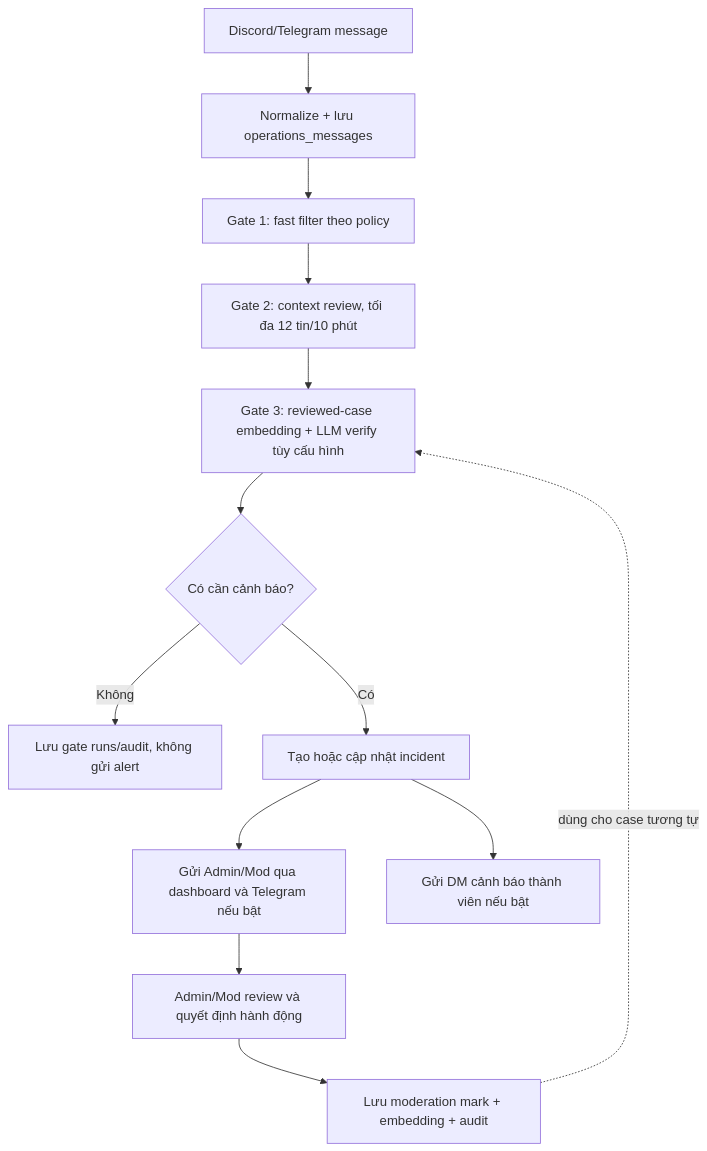
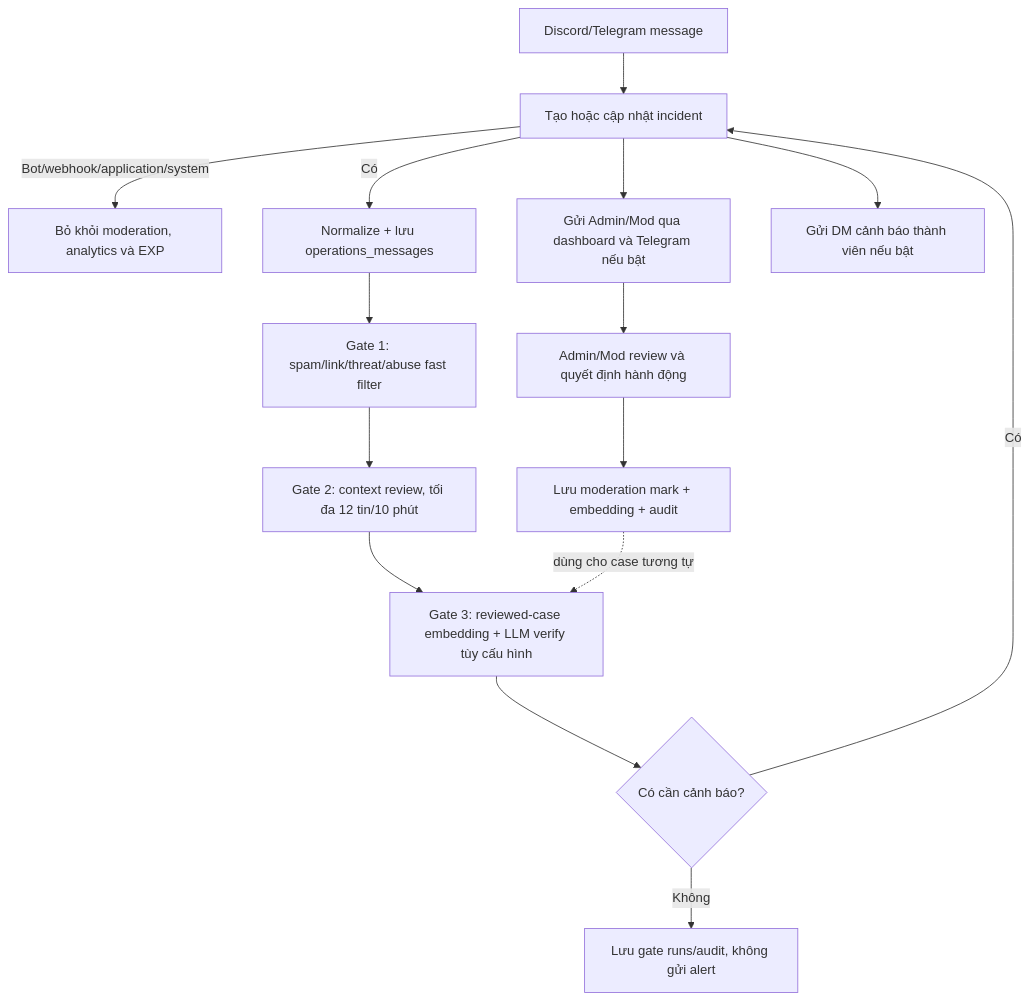
One commit to thanq204/ChatBot-THO changed the first of 2 diagrams in docs/community_pipeline.md. Above: the diagram before and after it, drawn with Mermaid. The commit also changed other lines of this file and 14 other files, not shown here.

Commit message:
chore: sync THO runtime and architecture

````diff
--- a/docs/community_pipeline.md
+++ b/docs/community_pipeline.md
@@ -7,15 +7,17 @@
 ```mermaid
 flowchart TD
-    A[Discord/Telegram message] --> B[Normalize + lưu operations_messages]
-    B --> C[Gate 1: fast filter theo policy]
+    A[Discord/Telegram message] --> H{Human message?}
+    H -->|Bot/webhook/application/system| X[Bỏ khỏi moderation, analytics và EXP]
+    H -->|Có| B[Normalize + lưu operations_messages]
+    B --> C[Gate 1: spam/link/threat/abuse fast filter]
     C --> D[Gate 2: context review, tối đa 12 tin/10 phút]
     D --> E[Gate 3: reviewed-case embedding + LLM verify tùy cấu hình]
     E --> F{Có cần cảnh báo?}
     F -->|Không| G[Lưu gate runs/audit, không gửi alert]
     F -->|Có| H[Tạo hoặc cập nhật incident]
     H --> I[Gửi Admin/Mod qua dashboard và Telegram nếu bật]
     H --> J[Gửi DM cảnh báo thành viên nếu bật]
     I --> K[Admin/Mod review và quyết định hành động]
     K --> L[Lưu moderation mark + embedding + audit]
     L -. dùng cho case tương tự .-> E
 ```
````
